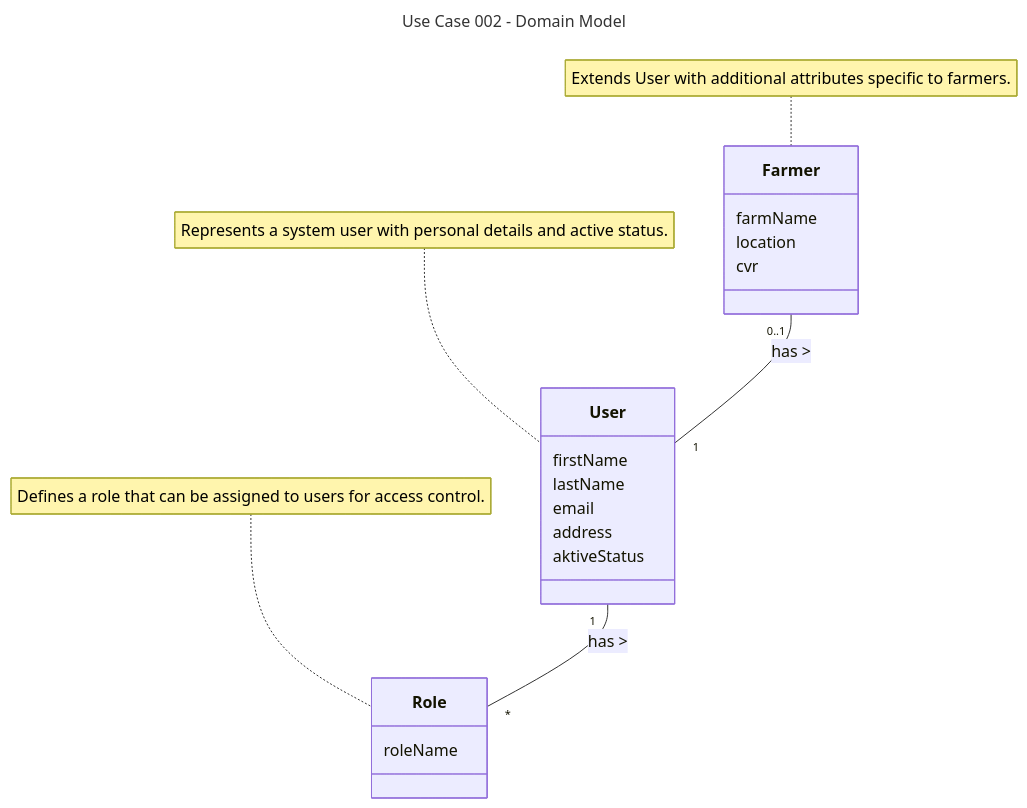
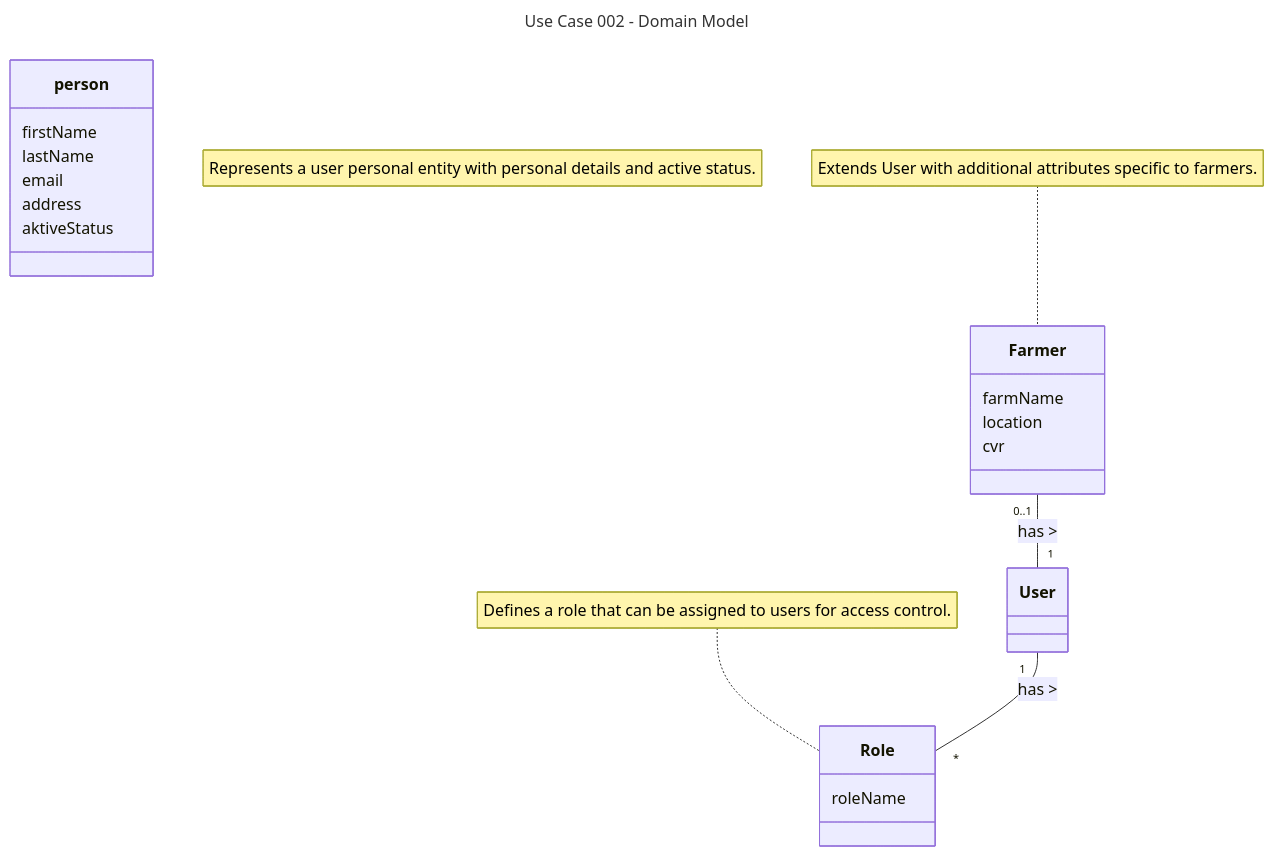
The diagram in docs/UseCase002-AdministrateFarmsAndUsers/UC002-DomainModel.mmd (DMOoF25-TEAM11/ArlaNatureConnect), drawn with Mermaid before and after one commit. The commit also changed 25 other files, not shown here.

```diff
--- a/docs/UseCase002-AdministrateFarmsAndUsers/UC002-DomainModel.mmd
+++ b/docs/UseCase002-AdministrateFarmsAndUsers/UC002-DomainModel.mmd
@@ -1,30 +1,30 @@
 ---
 title: Use Case 002 - Domain Model
 ---
 classDiagram
     direction TB
 
-    class User {
+    class person {
         firstName
         lastName
         email
         address
         aktiveStatus
     }
 
     class Farmer {
         farmName
         location
         cvr
     }
 
     class Role {
         roleName
     }
 
-    note for User "Represents a system user with personal details and active status."
+    note for Person "Represents a user personal entity with personal details and active status."
     note for Role "Defines a role that can be assigned to users for access control."
     note for Farmer "Extends User with additional attributes specific to farmers."
 
     User "1" -- "*" Role : has >
     Farmer "0..1" -- "1" User : has >
```
